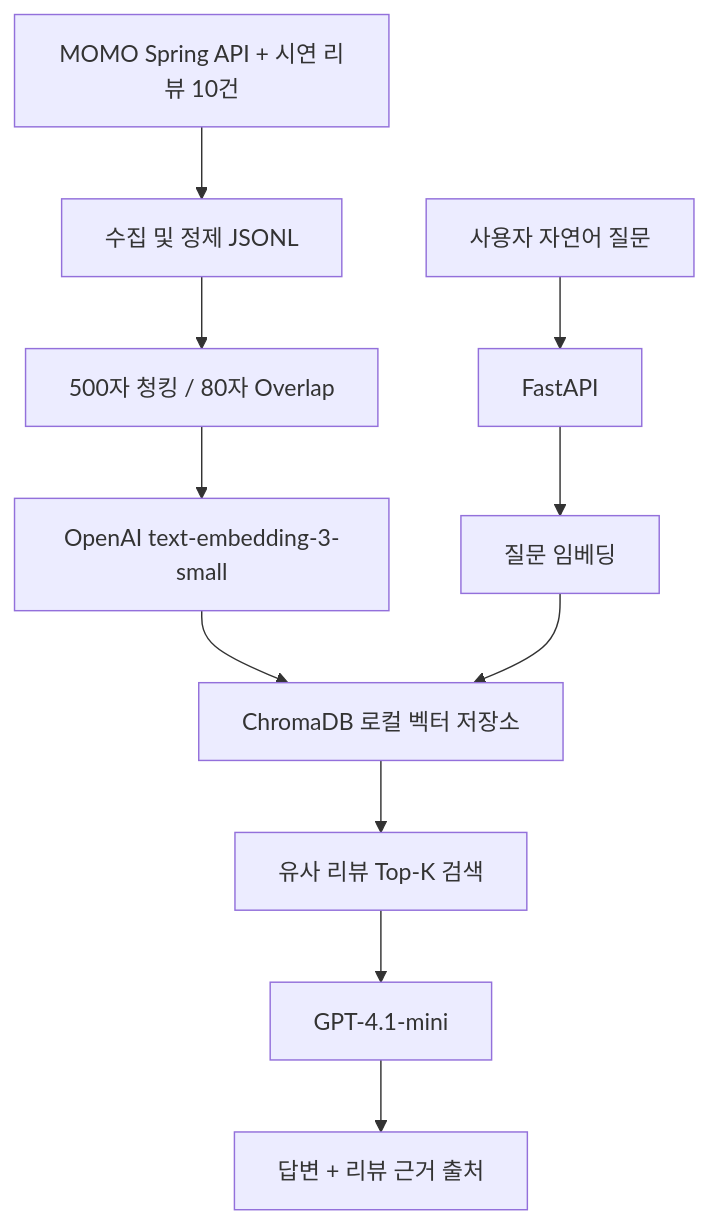
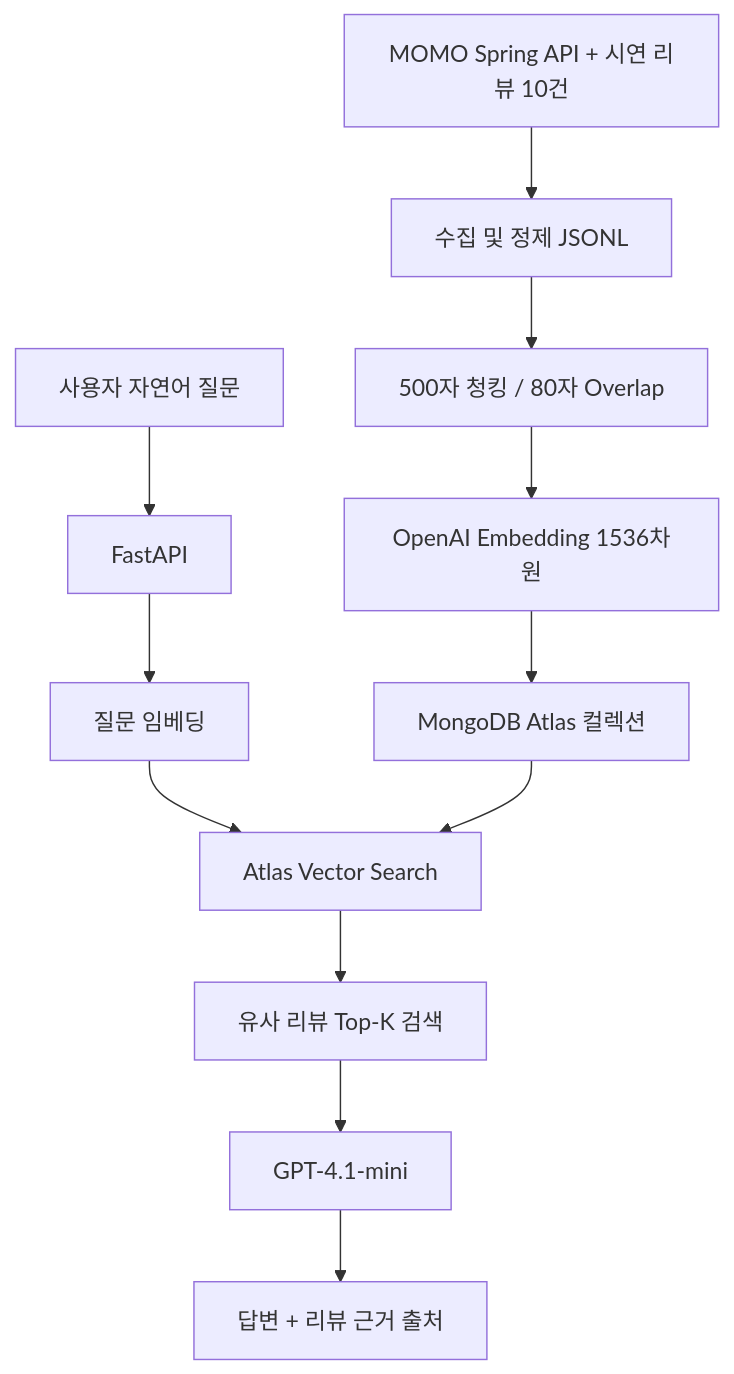
Before and after one commit to madison-yoon/worklaw-rag: the diagram in README.md, drawn with Mermaid. The commit also changed other lines of this file, not shown here.

Commit message:
docs: document MongoDB Atlas RAG architecture and setup

````diff
--- a/README.md
+++ b/README.md
@@ -17,13 +18,14 @@
 ```mermaid
 flowchart TD
     A[MOMO Spring API + 시연 리뷰 10건] --> B[수집 및 정제 JSONL]
     B --> C[500자 청킹 / 80자 Overlap]
-    C --> D[OpenAI text-embedding-3-small]
-    D --> E[ChromaDB 로컬 벡터 저장소]
+    C --> D[OpenAI Embedding 1536차원]
+    D --> E[MongoDB Atlas 컬렉션]
     U[사용자 자연어 질문] --> Q[FastAPI]
     Q --> QE[질문 임베딩]
-    QE --> E
-    E --> R[유사 리뷰 Top-K 검색]
+    QE --> V[Atlas Vector Search]
+    E --> V
+    V --> R[유사 리뷰 Top-K 검색]
     R --> L[GPT-4.1-mini]
     L --> O[답변 + 리뷰 근거 출처]
 ```
````
